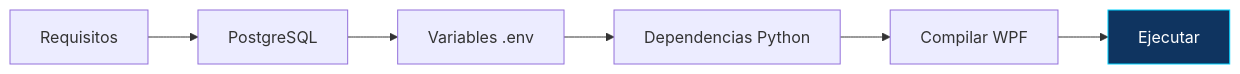
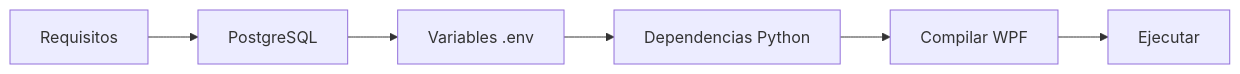
The diagram in docs/instalacion/index.md (ramarstudio/RAMar_Repo), drawn with Mermaid before and after one commit. The commit also changed other lines of this file and 6 other files, not shown here.

````diff
--- a/docs/instalacion/index.md
+++ b/docs/instalacion/index.md
@@ -43,10 +39,8 @@
 ```mermaid
 graph LR
     A[Requisitos] --> B[PostgreSQL]
     B --> C[Variables .env]
     C --> D[Dependencias Python]
     D --> E[Compilar WPF]
     E --> F[Ejecutar]
-
-    style F fill:#0f3460,stroke:#00d2ff,color:#fff
 ```
````
